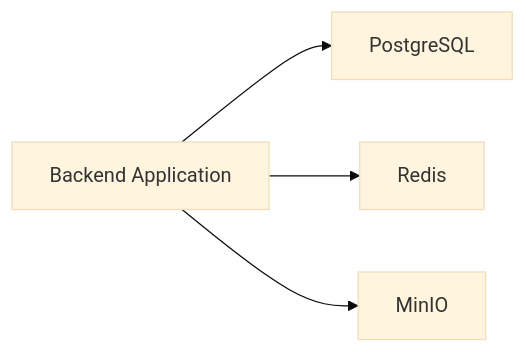
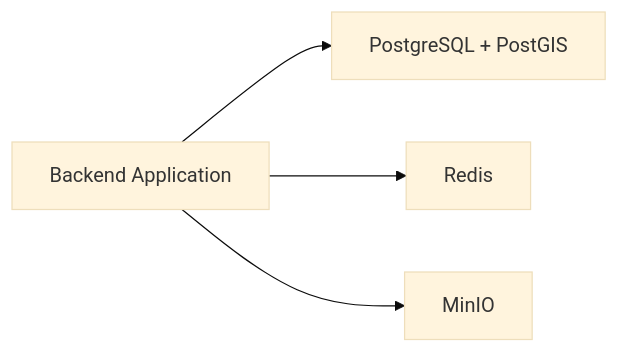
The first of 5 diagrams in docs/database/tech-stack.md (Danh20100/moibile_app), drawn with Mermaid (base theme) before and after one commit. The commit also changed other lines of this file and 5 other files, not shown here.

````diff
--- a/docs/database/tech-stack.md
+++ b/docs/database/tech-stack.md
@@ -29,12 +30,12 @@
 ```mermaid
 flowchart LR
     APP["Backend Application"]
 
-    PG["PostgreSQL"]
+    PG["PostgreSQL + PostGIS"]
     REDIS["Redis"]
     MINIO["MinIO"]
 
     APP --> PG
     APP --> REDIS
     APP --> MINIO
 ```
````
